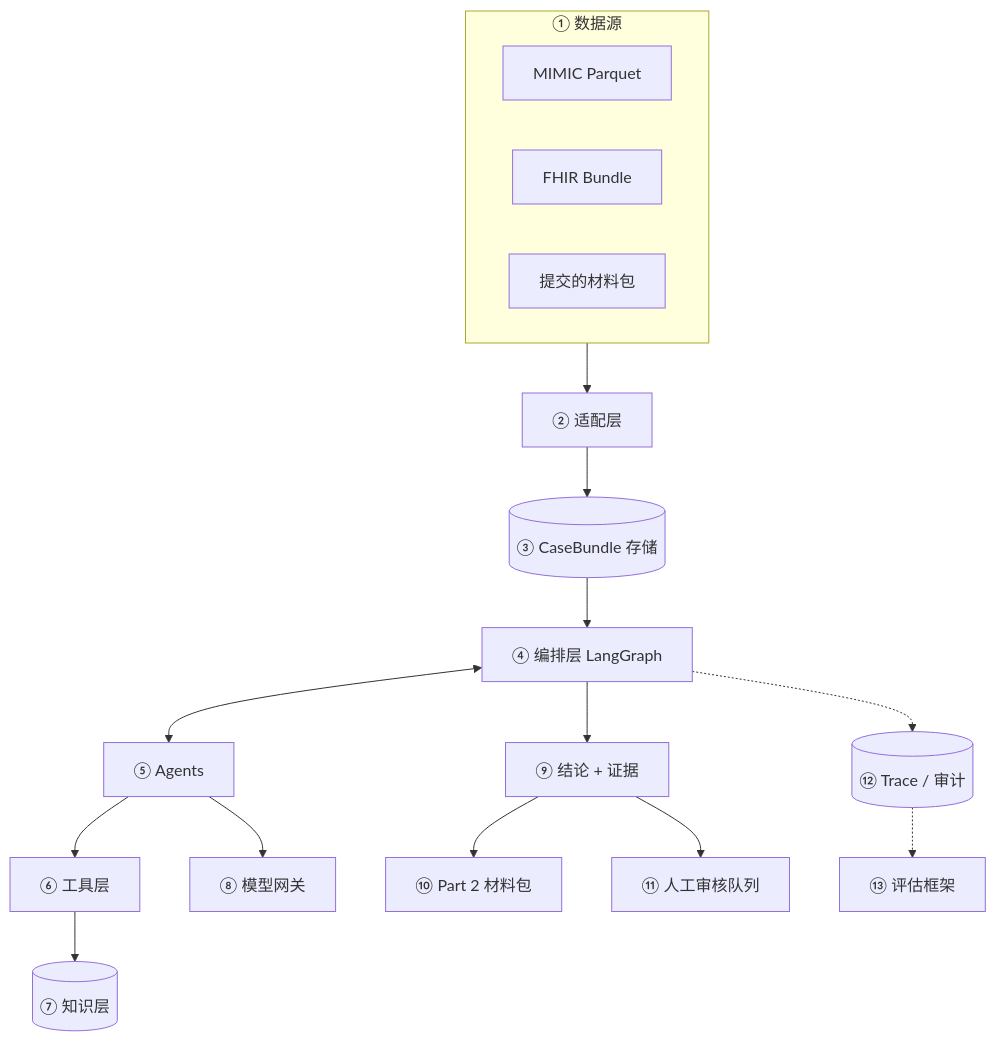
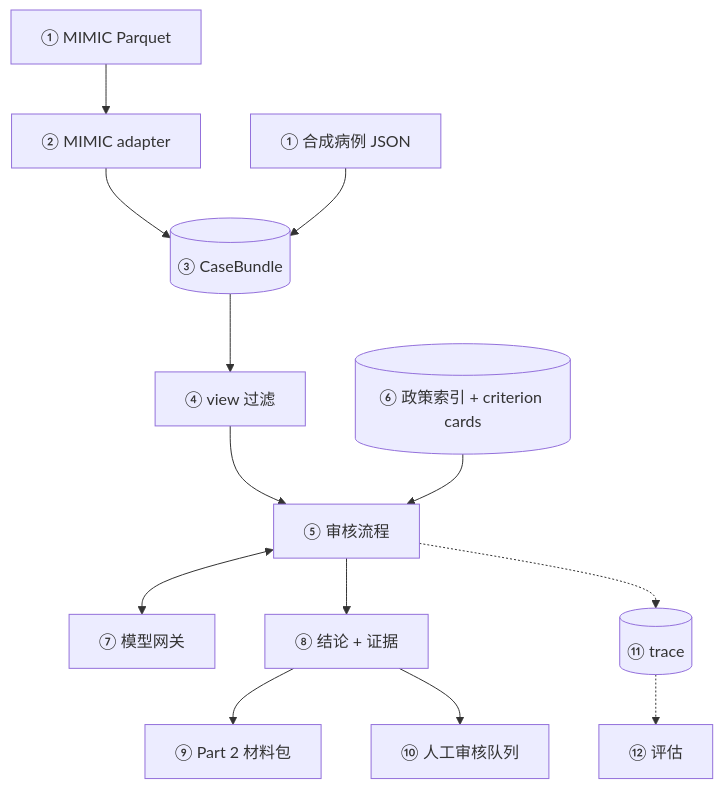
One commit to cherry-nancy/claims_agentic_system changed the first of 9 diagrams in plan/snf_pa_consensus_work_plan_1025.md. Above: the diagram before and after it, drawn with Mermaid. The commit also changed other lines of this file, not shown here.

````diff
--- a/plan/snf_pa_consensus_work_plan_1025.md
+++ b/plan/snf_pa_consensus_work_plan_1025.md
@@ -102,20 +109,15 @@
 ```mermaid
 flowchart TD
-  subgraph S1["① 数据源"]
-    A1["MIMIC Parquet"]
-    A2["FHIR Bundle"]
-    A3["提交的材料包"]
-  end
-  S1 --> B["② 适配层"]
-  B --> C[("③ CaseBundle 存储")]
-  C --> D["④ 编排层 LangGraph"]
-  D <--> E["⑤ Agents"]
-  E --> F["⑥ 工具层"]
-  F --> G[("⑦ 知识层")]
-  E --> H["⑧ 模型网关"]
-  D --> I["⑨ 结论 + 证据"]
-  I --> J["⑩ Part 2 材料包"]
-  I --> K["⑪ 人工审核队列"]
-  D -.-> L[("⑫ Trace / 审计")]
-  L -.-> M["⑬ 评估框架"]
+  A1["① MIMIC Parquet"] --> AD["② MIMIC adapter"]
+  AD --> CB[("③ CaseBundle")]
+  A2["① 合成病例 JSON"] --> CB
+  CB --> VW["④ view 过滤"]
+  VW --> WF["⑤ 审核流程"]
+  KB[("⑥ 政策索引 + criterion cards")] --> WF
+  WF <--> GW["⑦ 模型网关"]
+  WF --> RS["⑧ 结论 + 证据"]
+  RS --> P2["⑨ Part 2 材料包"]
+  RS --> HQ["⑩ 人工审核队列"]
+  WF -.-> TR[("⑪ trace")]
+  TR -.-> EV["⑫ 评估"]
 ```
````
